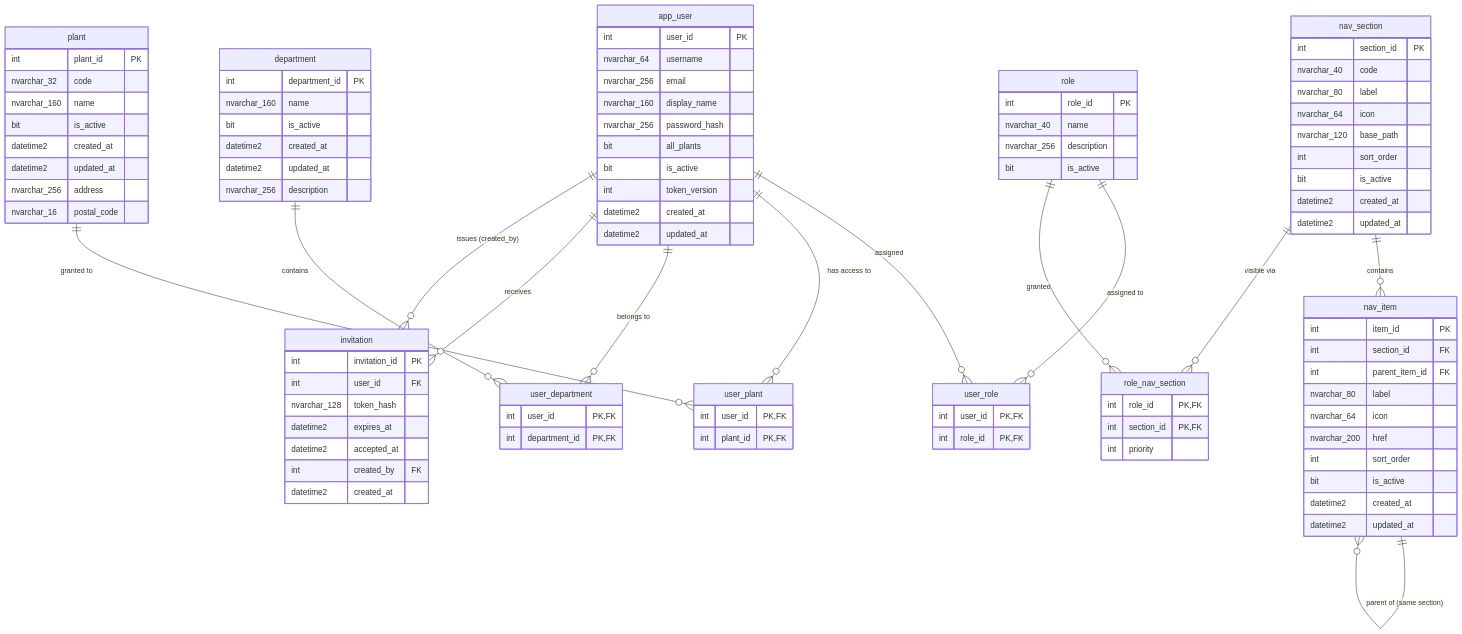
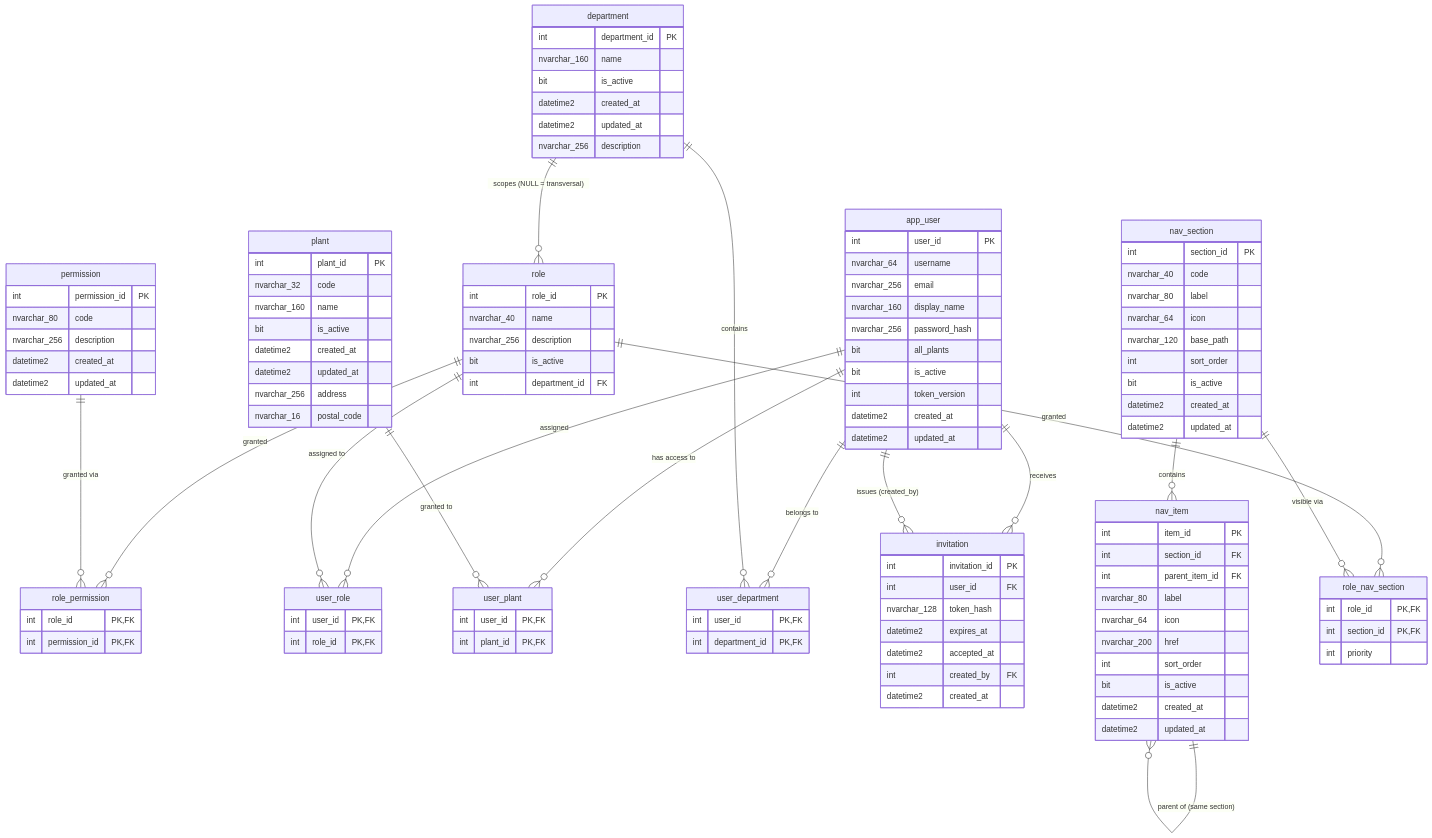
The diagram in docs/database/erd/auth.md (AndresDRamos/EBI-WEB), drawn with Mermaid before and after one commit. The commit also changed other lines of this file and 66 other files, not shown here.

````diff
--- a/docs/database/erd/auth.md
+++ b/docs/database/erd/auth.md
@@ -27,6 +27,20 @@
         nvarchar_40 name
         nvarchar_256 description
         bit is_active
+        int department_id FK
+    }
+
+    permission {
+        int permission_id PK
+        nvarchar_80 code
+        nvarchar_256 description
+        datetime2 created_at
+        datetime2 updated_at
+    }
+
+    role_permission {
+        int role_id PK,FK
+        int permission_id PK,FK
     }
 
     plant {
@@ -124,4 +138,8 @@
 
     role        ||--o{ role_nav_section : "granted"
     nav_section ||--o{ role_nav_section : "visible via"
+
+    department ||--o{ role : "scopes (NULL = transversal)"
+    role       ||--o{ role_permission : "granted"
+    permission ||--o{ role_permission : "granted via"
 ```
````
